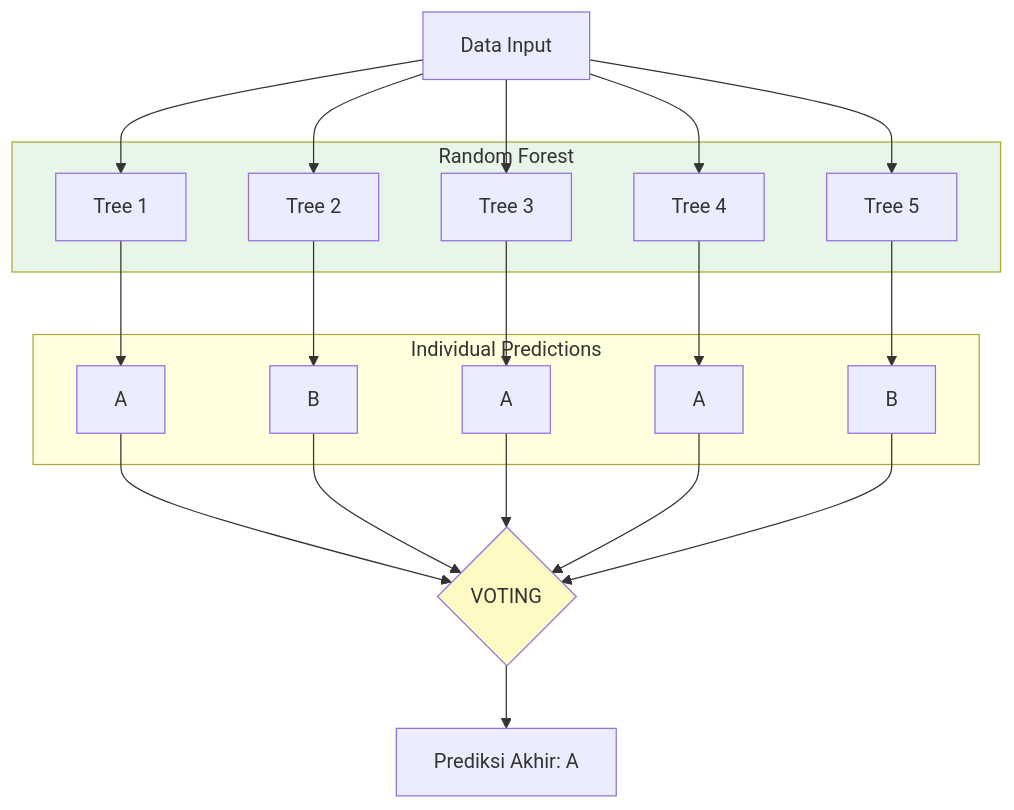
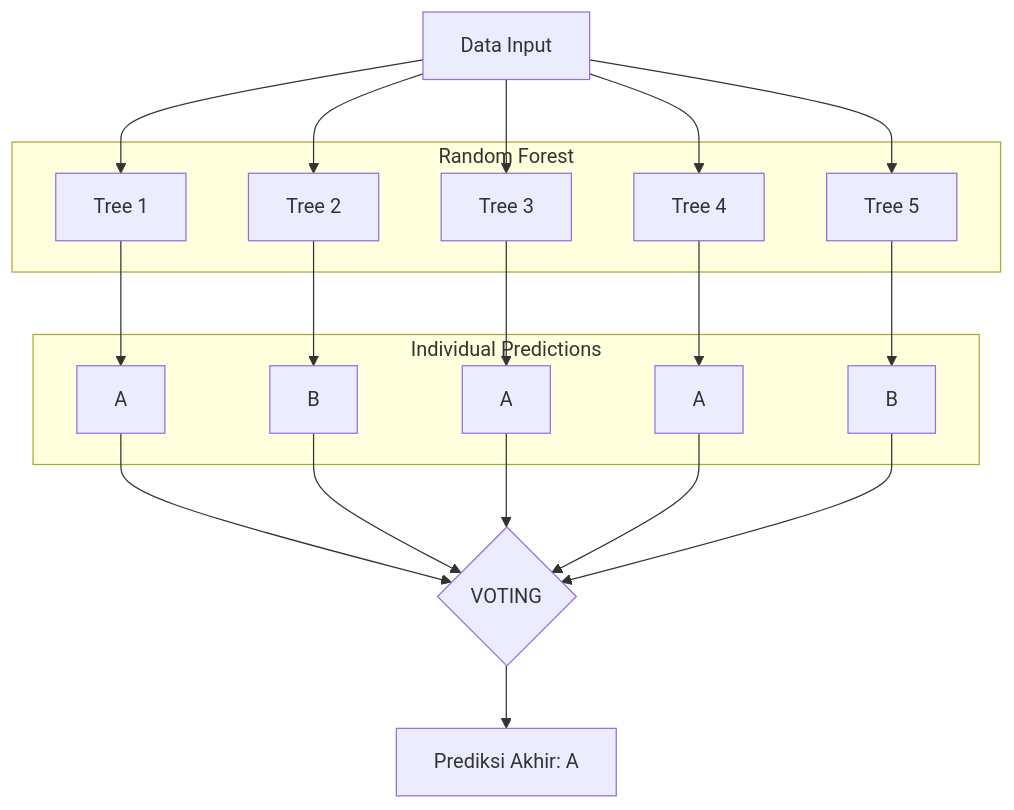
Before and after one commit to antonprafanto/dasarAI2026: the seventh of 11 diagrams in bab-06-klasifikasi.md, drawn with Mermaid. The commit also changed other lines of this file and 8 other files, not shown here.

Commit message:
Fix: Remove custom Mermaid styling for better dark mode visibility

````diff
--- a/bab-06-klasifikasi.md
+++ b/bab-06-klasifikasi.md
@@ -456,32 +451,29 @@
 ```mermaid
 graph TD
     Data[Data Input]
 
     subgraph Forest [Random Forest]
         T1[Tree 1]
         T2[Tree 2]
         T3[Tree 3]
         T4[Tree 4]
         T5[Tree 5]
     end
 
     subgraph Predictions [Individual Predictions]
         P1[A]
         P2[B]
         P3[A]
         P4[A]
         P5[B]
     end
 
     Data --> T1 --> P1
     Data --> T2 --> P2
     Data --> T3 --> P3
     Data --> T4 --> P4
     Data --> T5 --> P5
 
     P1 & P2 & P3 & P4 & P5 --> Voting{VOTING}
     Voting --> Result[Prediksi Akhir: A]
-
-    style Forest fill:#e8f5e9
-    style Voting fill:#fff9c4
 ```
````
